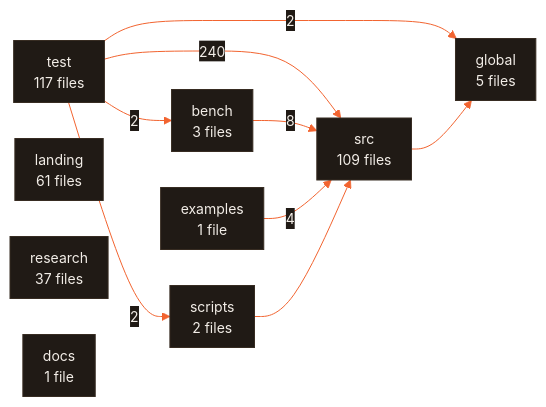
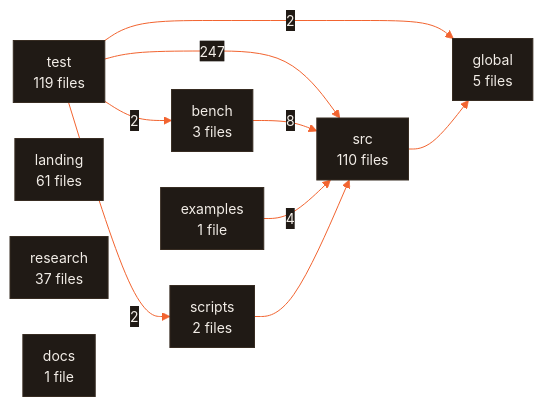
Before and after one commit to CodeWithJuber/forgekit: the fifth of 5 diagrams in ARCHITECTURE.md, drawn with Mermaid. The commit also changed other lines of this file and 3 other files, not shown here.

````diff
--- a/ARCHITECTURE.md
+++ b/ARCHITECTURE.md
@@ -620,21 +621,21 @@
 ```mermaid
 %%{init: {'theme':'base','themeVariables':{'primaryColor':'#201a15','primaryTextColor':'#f2ede7','primaryBorderColor':'#372c22','lineColor':'#f26430','secondaryColor':'#272019','tertiaryColor':'#171310','edgeLabelBackground':'#201a15','clusterBkg':'#171310','clusterBorder':'#4a3b2e','fontFamily':'ui-sans-serif, system-ui, sans-serif','fontSize':'14px'},'flowchart':{'curve':'basis','padding':10,'nodeSpacing':36,'rankSpacing':44}}}%%
 flowchart LR
-  test["test<br/>117 files"]
-  src["src<br/>109 files"]
+  test["test<br/>119 files"]
+  src["src<br/>110 files"]
   landing["landing<br/>61 files"]
   research["research<br/>37 files"]
   global["global<br/>5 files"]
   bench["bench<br/>3 files"]
   scripts["scripts<br/>2 files"]
   docs["docs<br/>1 file"]
   examples["examples<br/>1 file"]
-  test -- 240 --> src
+  test -- 247 --> src
   bench -- 8 --> src
   examples -- 4 --> src
   test -- 2 --> bench
   test -- 2 --> global
   test -- 2 --> scripts
   scripts --> src
   src --> global
 ```
````
